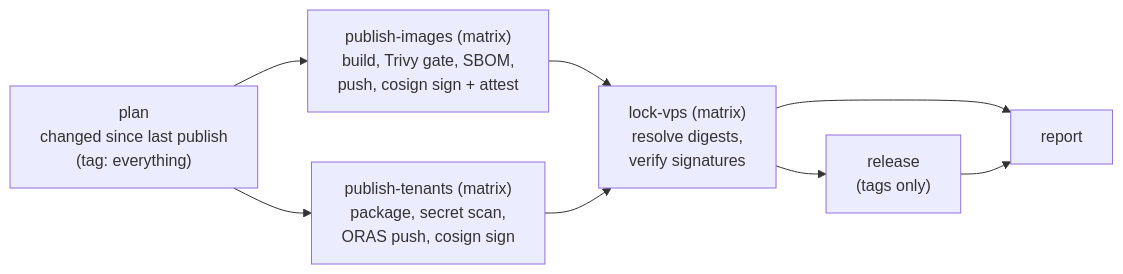
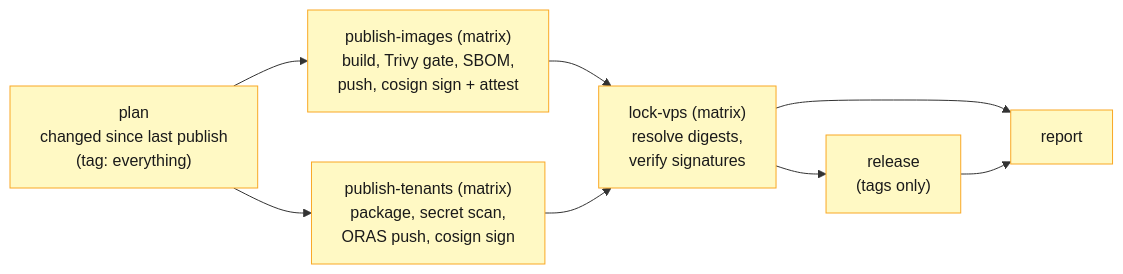
One commit to varunpathania86/nigu-lite changed diagram 17 of 23 in master-plan.md. Above: the diagram before and after it, drawn with Mermaid. The commit also changed other lines of this file and 38 other files, not shown here.

````diff
--- a/master-plan.md
+++ b/master-plan.md
@@ -954,8 +1047,10 @@
 ```mermaid
 flowchart LR
   PLAN["plan<br/>changed since last publish<br/>(tag: everything)"] --> PI["publish-images (matrix)<br/>build, Trivy gate, SBOM,<br/>push, cosign sign + attest"]
   PLAN --> PT["publish-tenants (matrix)<br/>package, secret scan,<br/>ORAS push, cosign sign"]
   PI & PT --> LOCK["lock-vps (matrix)<br/>resolve digests,<br/>verify signatures"]
   LOCK --> REL["release<br/>(tags only)"]
   LOCK & REL --> REP[report]
+  class PLAN,PI,PT,LOCK,REL,REP tool
+  classDef tool fill:#fff9c4,stroke:#f9a825,color:#1a1a1a
 ```
````
